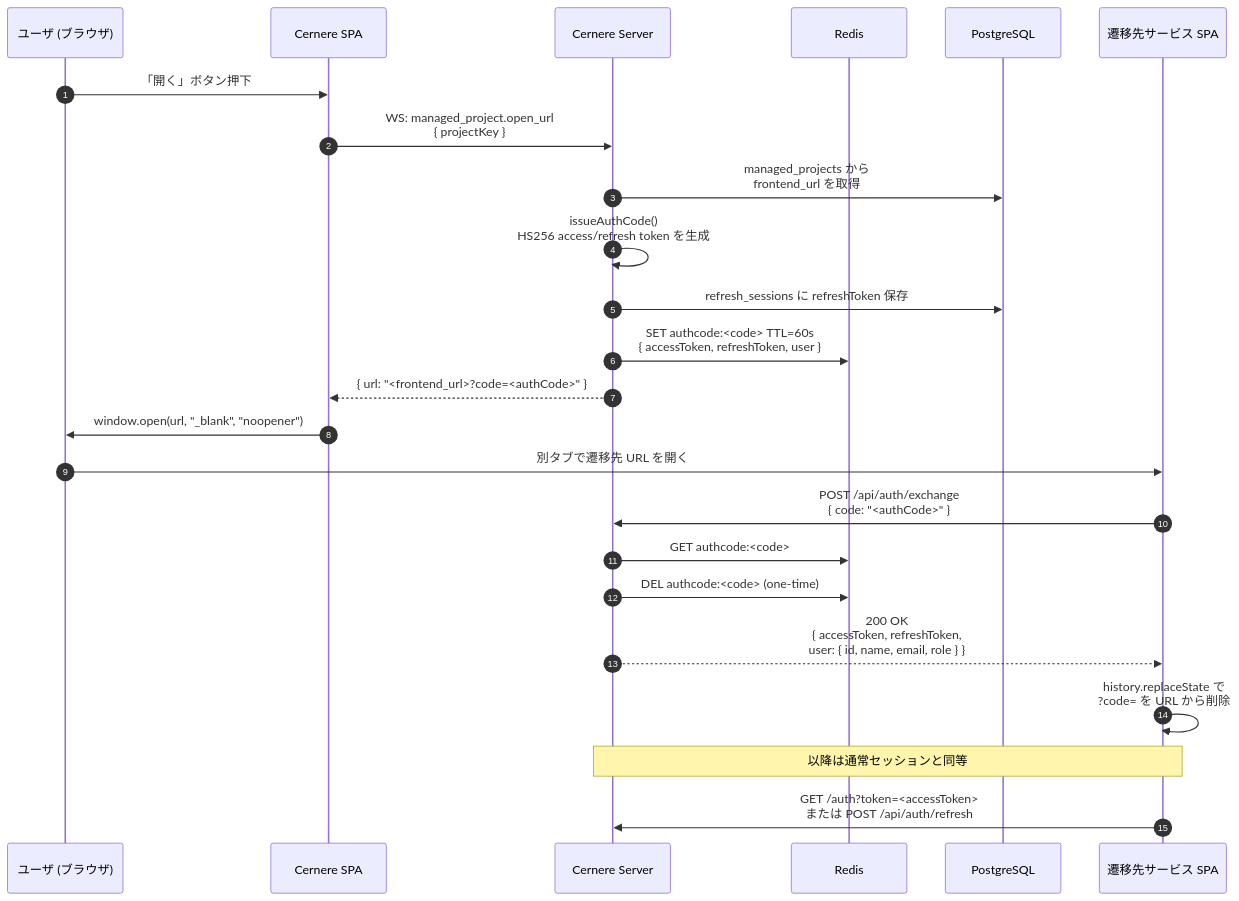
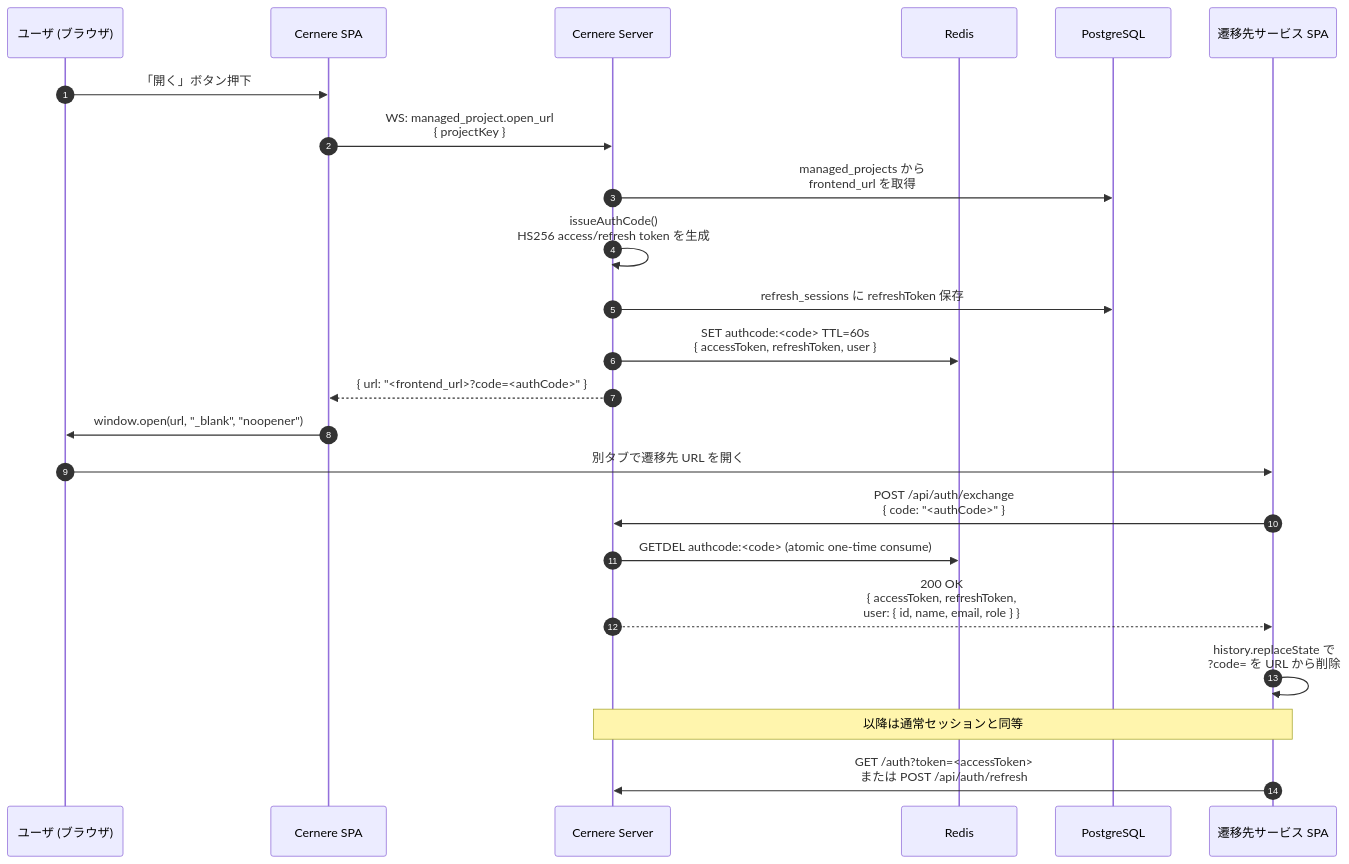
One commit to LUDIARS/Cernere changed the first of 2 diagrams in spec/feature/user-auth-project-open.md. Above: the diagram before and after it, drawn with Mermaid. The commit also changed other lines of this file and 7 other files, not shown here.

````diff
--- a/spec/feature/user-auth-project-open.md
+++ b/spec/feature/user-auth-project-open.md
@@ -9,27 +9,26 @@
 ```mermaid
 sequenceDiagram
     autonumber
     participant U as ユーザ (ブラウザ)
     participant CF as Cernere SPA
     participant CS as Cernere Server
     participant R as Redis
     participant DB as PostgreSQL
     participant SF as 遷移先サービス SPA
 
     U->>CF: 「開く」ボタン押下
     CF->>CS: WS: managed_project.open_url<br/>{ projectKey }
     CS->>DB: managed_projects から<br/>frontend_url を取得
     CS->>CS: issueAuthCode()<br/>HS256 access/refresh token を生成
     CS->>DB: refresh_sessions に refreshToken 保存
     CS->>R: SET authcode:<code> TTL=60s<br/>{ accessToken, refreshToken, user }
     CS-->>CF: { url: "<frontend_url>?code=<authCode>" }
     CF->>U: window.open(url, "_blank", "noopener")
     U->>SF: 別タブで遷移先 URL を開く
     SF->>CS: POST /api/auth/exchange<br/>{ code: "<authCode>" }
-    CS->>R: GET authcode:<code>
-    CS->>R: DEL authcode:<code> (one-time)
+    CS->>R: GETDEL authcode:<code> (atomic one-time consume)
     CS-->>SF: 200 OK<br/>{ accessToken, refreshToken,<br/>  user: { id, name, email, role } }
     SF->>SF: history.replaceState で<br/>?code= を URL から削除
     Note over SF,CS: 以降は通常セッションと同等
     SF->>CS: GET /auth?token=<accessToken><br/>または POST /api/auth/refresh
 ```
````
